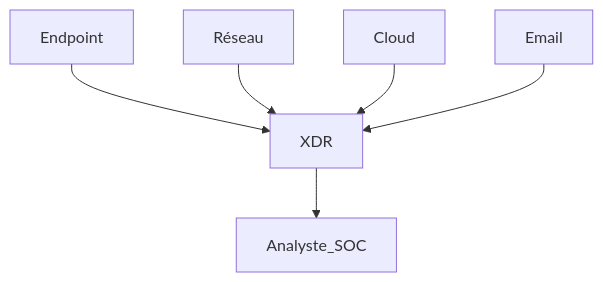
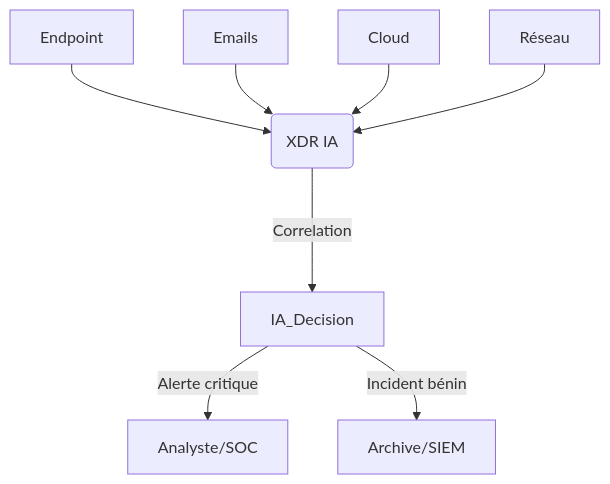
Before and after one commit to 0xCyberLiTech/IA: the second of 4 diagrams in cybersecurite_ia.md, drawn with Mermaid. The commit also changed other lines of this file, not shown here.

````diff
--- a/cybersecurite_ia.md
+++ b/cybersecurite_ia.md
@@ -165,8 +156,10 @@
 ```mermaid
 flowchart TB
-    Endpoint --> XDR
-    Réseau --> XDR
-    Cloud --> XDR
-    Email --> XDR
-    XDR --> Analyste_SOC
+    Endpoint --> CollecteXDR(XDR IA)
+    Emails --> CollecteXDR
+    Cloud --> CollecteXDR
+    Réseau --> CollecteXDR
+    CollecteXDR -- Correlation---> IA_Decision
+    IA_Decision -- Alerte critique --> Analyste/SOC
+    IA_Decision -- Incident bénin --> Archive/SIEM
 ```
````
